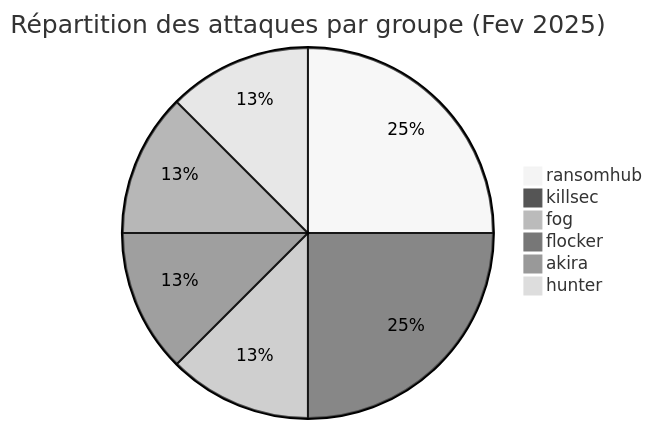
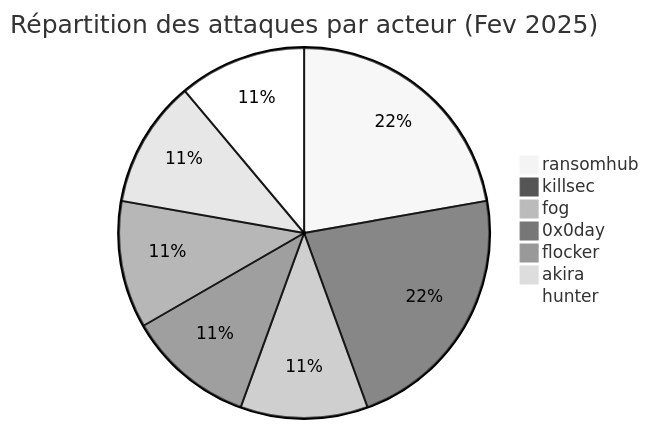
Before and after one commit to Hatchepsoute/AFRINTEL: the first of 5 diagrams in CyberAttackAfrica/2025/02-february/README_FR.md, drawn with Mermaid (neutral theme). The commit also changed other lines of this file and 255 other files, not shown here.

````diff
--- a/CyberAttackAfrica/2025/02-february/README_FR.md
+++ b/CyberAttackAfrica/2025/02-february/README_FR.md
@@ -32,9 +33,10 @@
 ```mermaid
-pie title Répartition des attaques par groupe (Fev 2025)
+pie title Répartition des attaques par acteur (Fev 2025)
     "ransomhub" : 2
     "killsec" : 2
     "fog" : 1
+    "0x0day" : 1
     "flocker" : 1
     "akira" : 1
     "hunter" : 1
 ```
````
